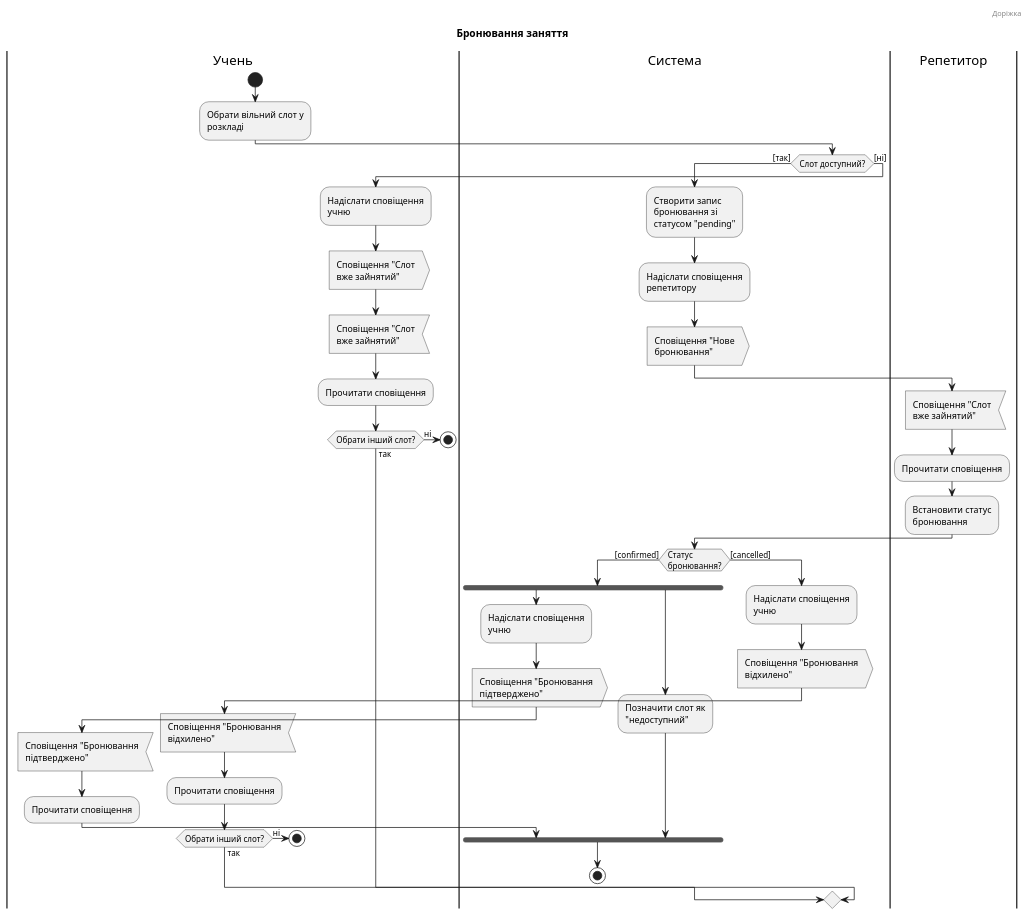
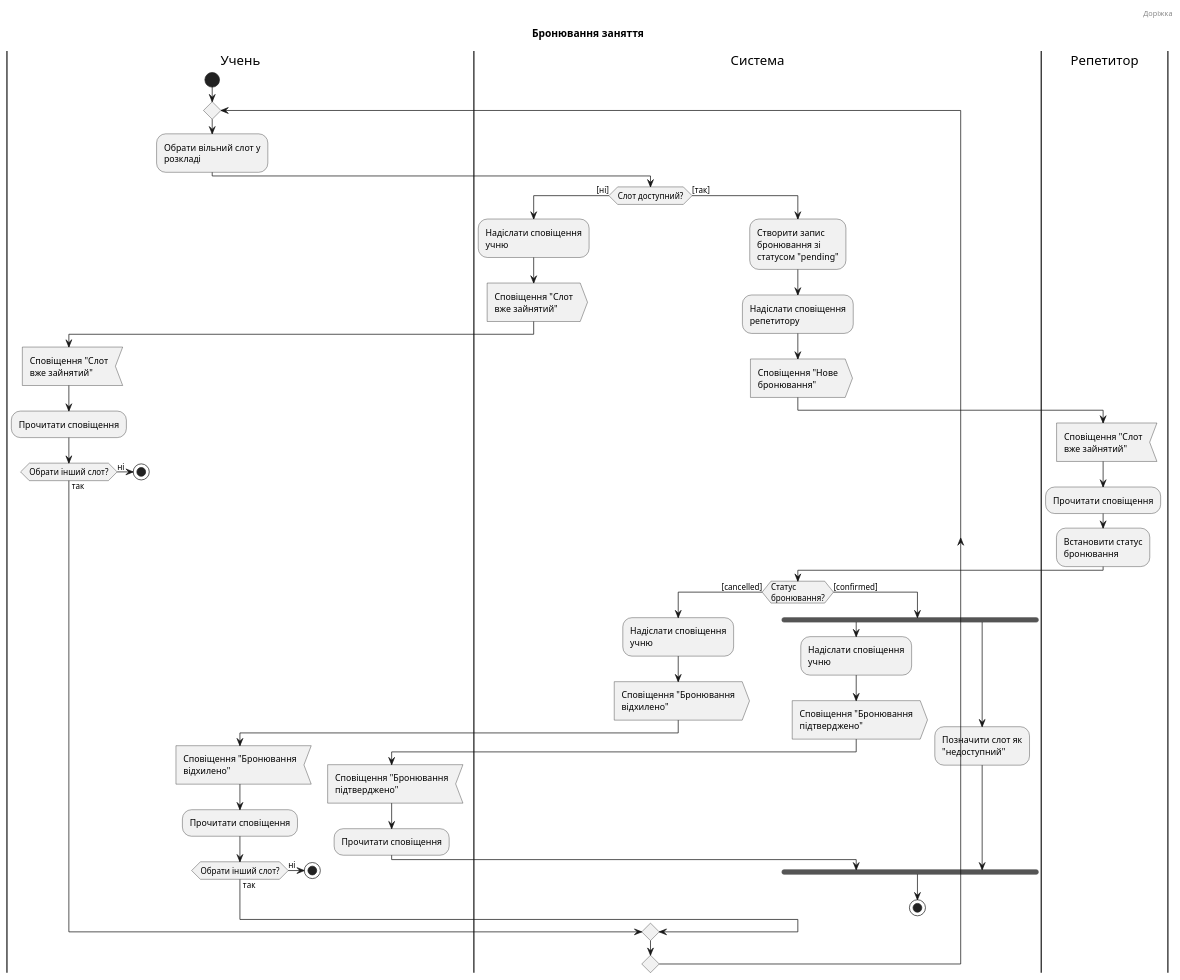
The diagram in activity.plantuml (Sofi-fi-fi/cse-labs), drawn with PlantUML before and after one commit.

Commit message:
fix(activity): add missed do while loop

```diff
--- a/activity.plantuml
+++ b/activity.plantuml
@@ -1,66 +1,70 @@
 @startuml umlactivity
 
 title Бронювання заняття
 header Доріжка
 
 |Учень|
 |Система|
 |Репетитор|
 
 |Учень|
 start
-:Обрати вільний слот у\nрозкладі;
+repeat
+  :Обрати вільний слот у\nрозкладі;
 
-|Система|
-if (Слот доступний?) then ([так])
-  :Створити запис\nбронювання зі\nстатусом "pending";
-  :Надіслати сповіщення\nрепетитору;
-  :Сповіщення "Нове\nбронювання">
-  
-  |Репетитор|
-  :Сповіщення "Слот\nвже зайнятий"<
-  :Прочитати сповіщення;
-  :Встановити статус\nбронювання;
-  
   |Система|
-  if (Статус\nбронювання?) then ([confirmed])
-    fork
+  if (Слот доступний?) then ([ні])
+    :Надіслати сповіщення\nучню;
+    :Сповіщення "Слот\nвже зайнятий">
+    
+    |Учень|
+    :Сповіщення "Слот\nвже зайнятий"<
+    :Прочитати сповіщення;
+    
+    if (Обрати інший слот?) then (ні)
+      stop
+    else (так)
+    endif
+  else ([так])
+    |Система|
+    :Створити запис\nбронювання зі\nстатусом "pending";
+    :Надіслати сповіщення\nрепетитору;
+    :Сповіщення "Нове\nбронювання">
+    
+    |Репетитор|
+    :Сповіщення "Слот\nвже зайнятий"<
+    :Прочитати сповіщення;
+    :Встановити статус\nбронювання;
+    
+    |Система|
+  if (Статус\nбронювання?) then ([cancelled])
       :Надіслати сповіщення\nучню;
-      :Сповіщення "Бронювання\nпідтверджено">
+      :Сповіщення "Бронювання\nвідхилено">
       
       |Учень|
-      :Сповіщення "Бронювання\nпідтверджено"<
+      :Сповіщення "Бронювання\nвідхилено"<
       :Прочитати сповіщення;
-    fork again
+      
+      if (Обрати інший слот?) then (так)
+      else (ні)
+      stop
+      endif
+  else ([confirmed])
       |Система|
-      :Позначити слот як\n"недоступний";
-    end fork
-    stop
-  else ([cancelled])
-    :Надіслати сповіщення\nучню;
-    :Сповіщення "Бронювання\nвідхилено">
-    
-    |Учень|
-    :Сповіщення "Бронювання\nвідхилено"<
-    :Прочитати сповіщення;
-    
-    if (Обрати інший слот?) then (так)
-    else (ні)
-    stop
+      fork
+        :Надіслати сповіщення\nучню;
+        :Сповіщення "Бронювання\nпідтверджено">
+        
+        |Учень|
+        :Сповіщення "Бронювання\nпідтверджено"<
+        :Прочитати сповіщення;
+      fork again
+        |Система|
+        :Позначити слот як\n"недоступний";
+      end fork
+      stop
     endif
   endif
-else ([ні])
-  :Надіслати сповіщення\nучню;
-  :Сповіщення "Слот\nвже зайнятий">
-  
-  |Учень|
-  :Сповіщення "Слот\nвже зайнятий"<
-  :Прочитати сповіщення;
-  
-  if (Обрати інший слот?) then (ні)
-    stop
-  else (так)
-  endif
-endif
+repeat while ( )
 
 @enduml
```
